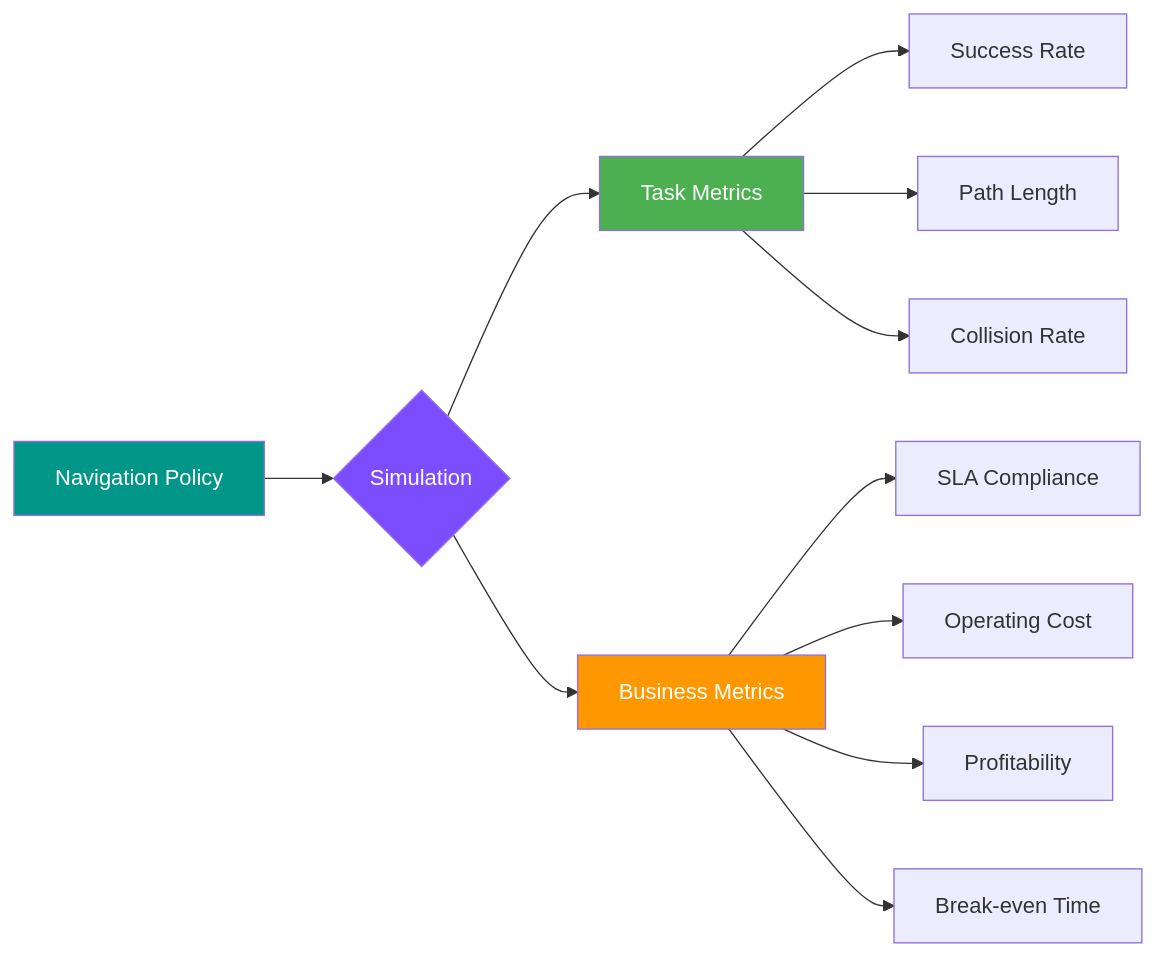
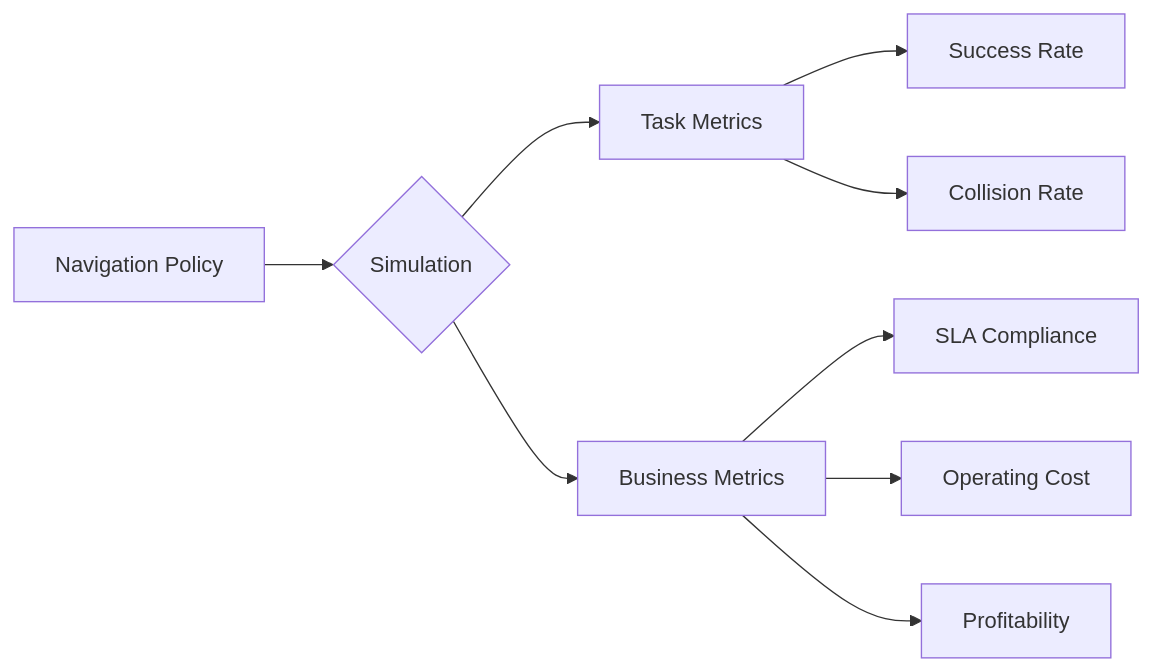
Before and after one commit to worv-ai/CostNav: the diagram in docs/index.md, drawn with Mermaid. The commit also changed other lines of this file and 5 other files, not shown here.

````diff
--- a/docs/index.md
+++ b/docs/index.md
@@ -118,20 +46,11 @@
 ```mermaid
 graph LR
     A[Navigation Policy] --> B{Simulation}
     B --> C[Task Metrics]
     B --> D[Business Metrics]
-
     C --> C1[Success Rate]
-    C --> C2[Path Length]
-    C --> C3[Collision Rate]
-
+    C --> C2[Collision Rate]
     D --> D1[SLA Compliance]
     D --> D2[Operating Cost]
     D --> D3[Profitability]
-    D --> D4[Break-even Time]
-
-    style A fill:#009688,color:#fff
-    style B fill:#7c4dff,color:#fff
-    style C fill:#4caf50,color:#fff
-    style D fill:#ff9800,color:#fff
 ```
````
